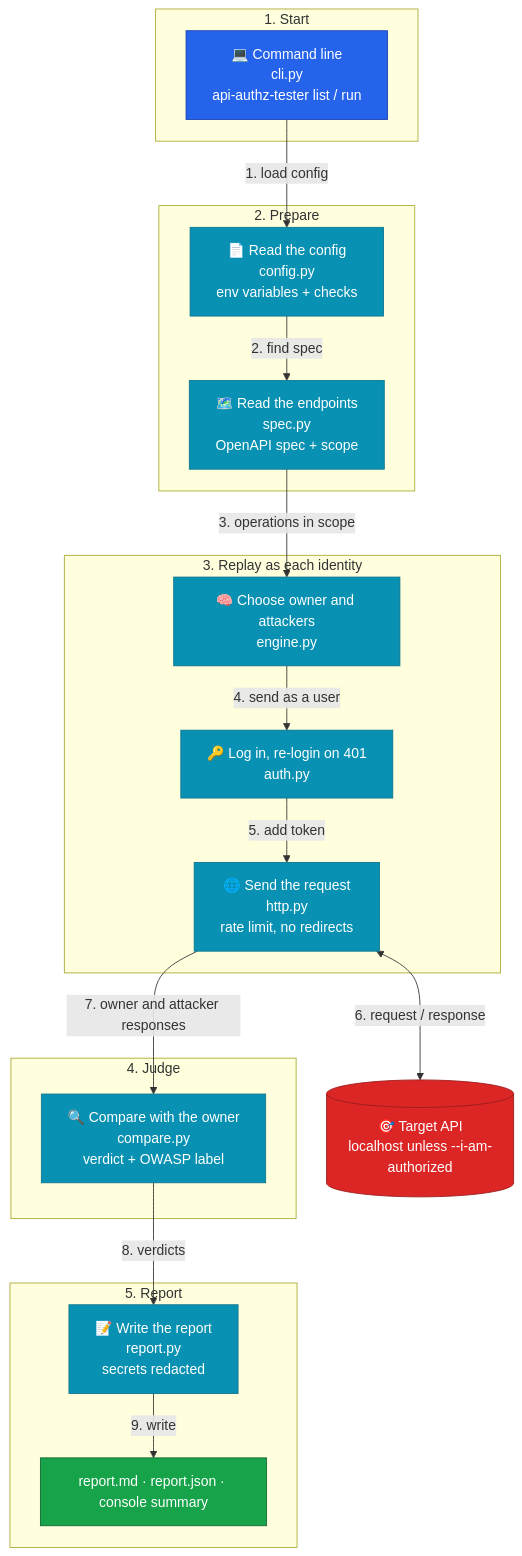
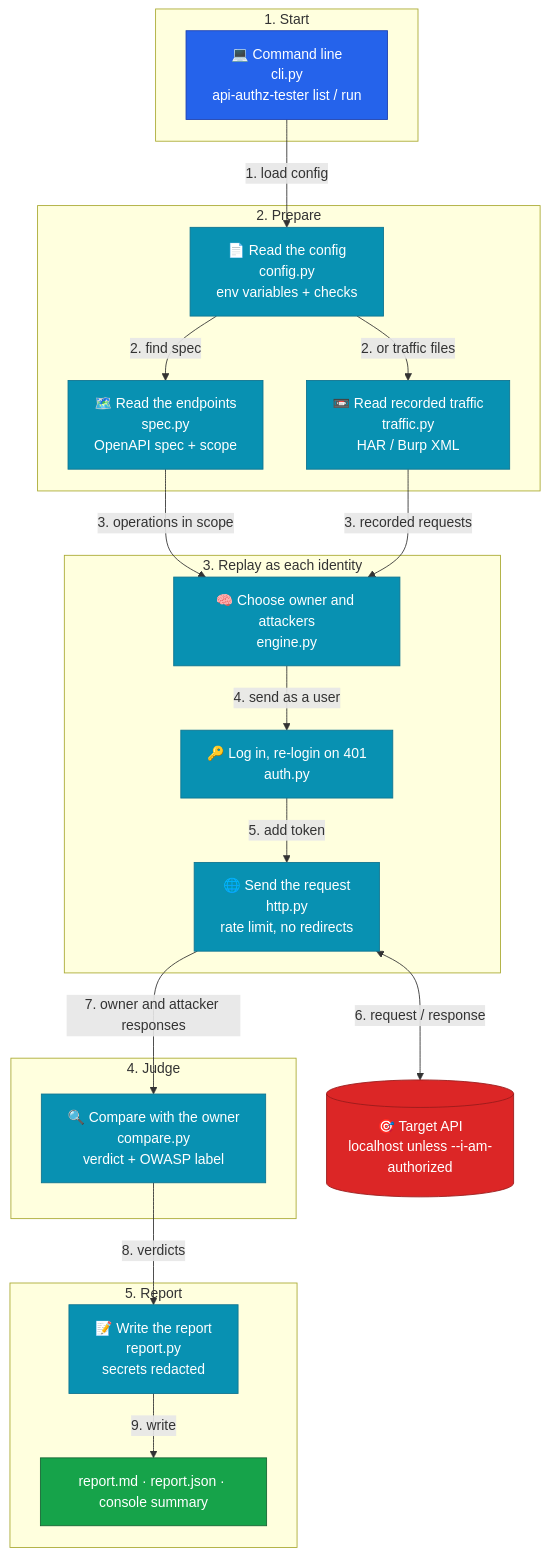
One commit to Abulkalam1524/api-authz-tester changed the diagram in README.md. Above: the diagram before and after it, drawn with Mermaid. The commit also changed other lines of this file and 17 other files, not shown here.

First line of the commit message:
Import recorded traffic from Burp XML and HAR files (session 3)

````diff
--- a/README.md
+++ b/README.md
@@ -48,47 +50,50 @@
 ```mermaid
 flowchart TD
     subgraph S1["1. Start"]
         CLI["💻 Command line<br/>cli.py<br/>api-authz-tester list / run"]
     end
 
     subgraph S2["2. Prepare"]
         CFG["📄 Read the config<br/>config.py<br/>env variables + checks"]
         SPEC["🗺️ Read the endpoints<br/>spec.py<br/>OpenAPI spec + scope"]
+        TRAF["📼 Read recorded traffic<br/>traffic.py<br/>HAR / Burp XML"]
     end
 
     subgraph S3["3. Replay as each identity"]
         ENG["🧠 Choose owner and attackers<br/>engine.py"]
         AUTH["🔑 Log in, re-login on 401<br/>auth.py"]
         HTTP["🌐 Send the request<br/>http.py<br/>rate limit, no redirects"]
     end
 
     API[("🎯 Target API<br/>localhost unless --i-am-authorized")]
 
     subgraph S4["4. Judge"]
         CMP["🔍 Compare with the owner<br/>compare.py<br/>verdict + OWASP label"]
     end
 
     subgraph S5["5. Report"]
         REP["📝 Write the report<br/>report.py<br/>secrets redacted"]
         OUT["report.md · report.json · console summary"]
     end
 
     CLI -->|"1. load config"| CFG
     CFG -->|"2. find spec"| SPEC
+    CFG -->|"2. or traffic files"| TRAF
     SPEC -->|"3. operations in scope"| ENG
+    TRAF -->|"3. recorded requests"| ENG
     ENG -->|"4. send as a user"| AUTH
     AUTH -->|"5. add token"| HTTP
     HTTP <-->|"6. request / response"| API
     HTTP -->|"7. owner and attacker responses"| CMP
     CMP -->|"8. verdicts"| REP
     REP -->|"9. write"| OUT
 
     classDef start fill:#2563eb,stroke:#1e40af,color:#ffffff
     classDef step fill:#0891b2,stroke:#0e7490,color:#ffffff
     classDef target fill:#dc2626,stroke:#991b1b,color:#ffffff
     classDef output fill:#16a34a,stroke:#166534,color:#ffffff
     class CLI start
-    class CFG,SPEC,ENG,AUTH,HTTP,CMP,REP step
+    class CFG,SPEC,TRAF,ENG,AUTH,HTTP,CMP,REP step
     class API target
     class OUT output
 ```
````
